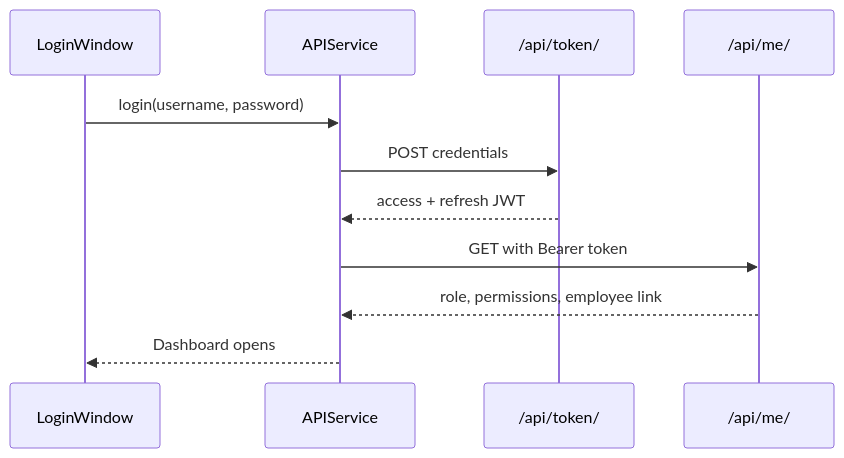
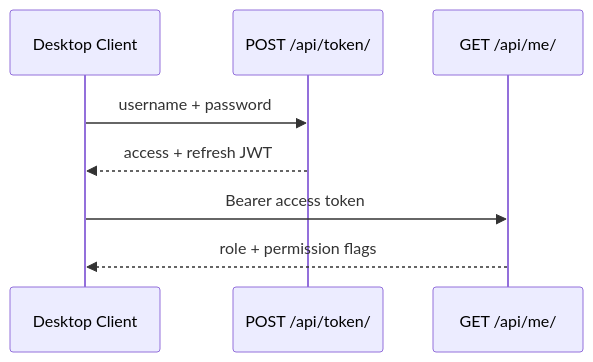
The second of 2 diagrams in README.md (premkumarrs/hrms-system), drawn with Mermaid before and after one commit. The commit also changed other lines of this file, not shown here.

````diff
--- a/README.md
+++ b/README.md
@@ -149,13 +163,10 @@
 ```mermaid
 sequenceDiagram
-    participant C as LoginWindow
-    participant API as APIService
-    participant S as /api/token/
-    participant M as /api/me/
-    C->>API: login(username, password)
-    API->>S: POST credentials
-    S-->>API: access + refresh JWT
-    API->>M: GET with Bearer token
-    M-->>API: role, permissions, employee link
-    API-->>C: Dashboard opens
+    participant C as Desktop Client
+    participant T as POST /api/token/
+    participant M as GET /api/me/
+    C->>T: username + password
+    T-->>C: access + refresh JWT
+    C->>M: Bearer access token
+    M-->>C: role + permission flags
 ```
````
